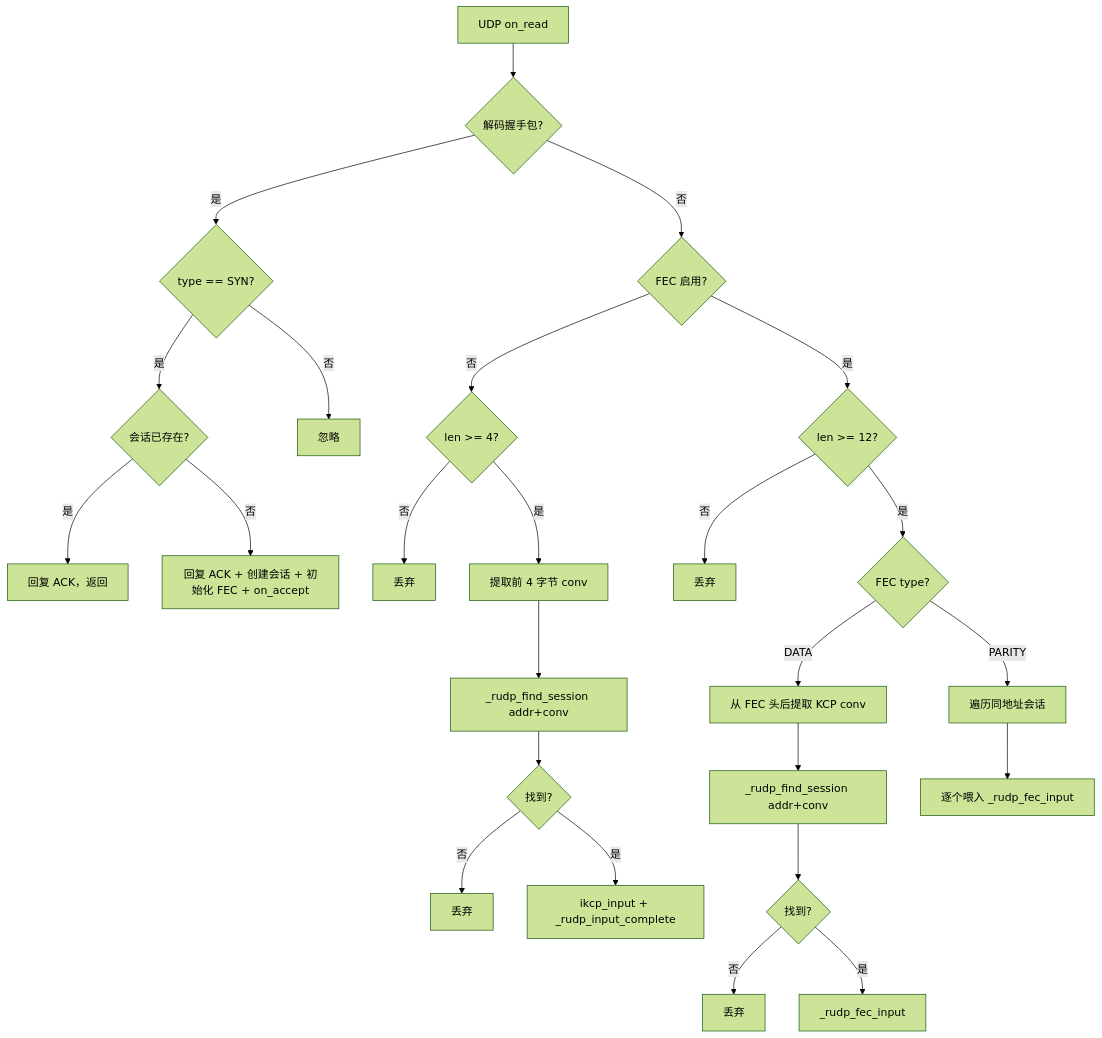
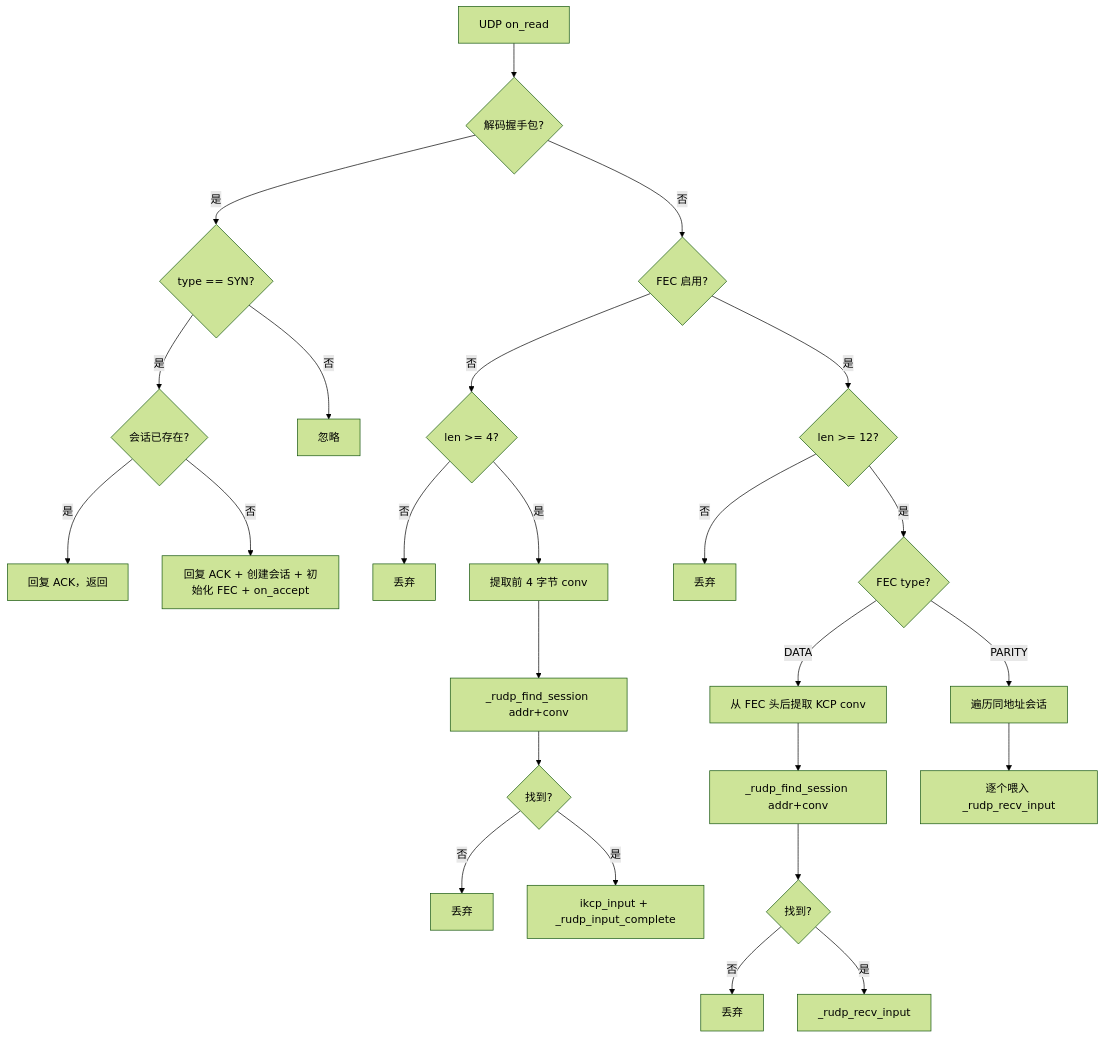
The fourth of 8 diagrams in docs/rudp-design.md (MeristemForge/Xylem), drawn with Mermaid (forest theme) before and after one commit. The commit also changed other lines of this file and 1 other file, not shown here.

Commit message:
docs: fix encoding issues in rudp-design and update _rudp_fec_input references

````diff
--- a/docs/rudp-design.md
+++ b/docs/rudp-design.md
@@ -210,27 +210,27 @@
 ```mermaid
 flowchart TD
     A[UDP on_read] --> B{解码握手包?}
     B -->|是| C{type == SYN?}
     C -->|是| D{会话已存在?}
     D -->|是| E[回复 ACK，返回]
     D -->|否| F[回复 ACK + 创建会话 + 初始化 FEC + on_accept]
     C -->|否| G[忽略]
     B -->|否| H{FEC 启用?}
     H -->|否| I{len >= 4?}
     I -->|否| J[丢弃]
     I -->|是| K[提取前 4 字节 conv]
     K --> L[_rudp_find_session addr+conv]
     L --> M{找到?}
     M -->|否| N[丢弃]
     M -->|是| O[ikcp_input + _rudp_input_complete]
     H -->|是| P{len >= 12?}
     P -->|否| Q[丢弃]
     P -->|是| R{FEC type?}
     R -->|DATA| S[从 FEC 头后提取 KCP conv]
     S --> T[_rudp_find_session addr+conv]
     T --> U{找到?}
     U -->|否| V[丢弃]
-    U -->|是| W[_rudp_fec_input]
+    U -->|是| W[_rudp_recv_input]
     R -->|PARITY| X[遍历同地址会话]
-    X --> Y[逐个喂入 _rudp_fec_input]
+    X --> Y[逐个喂入 _rudp_recv_input]
 ```
````
